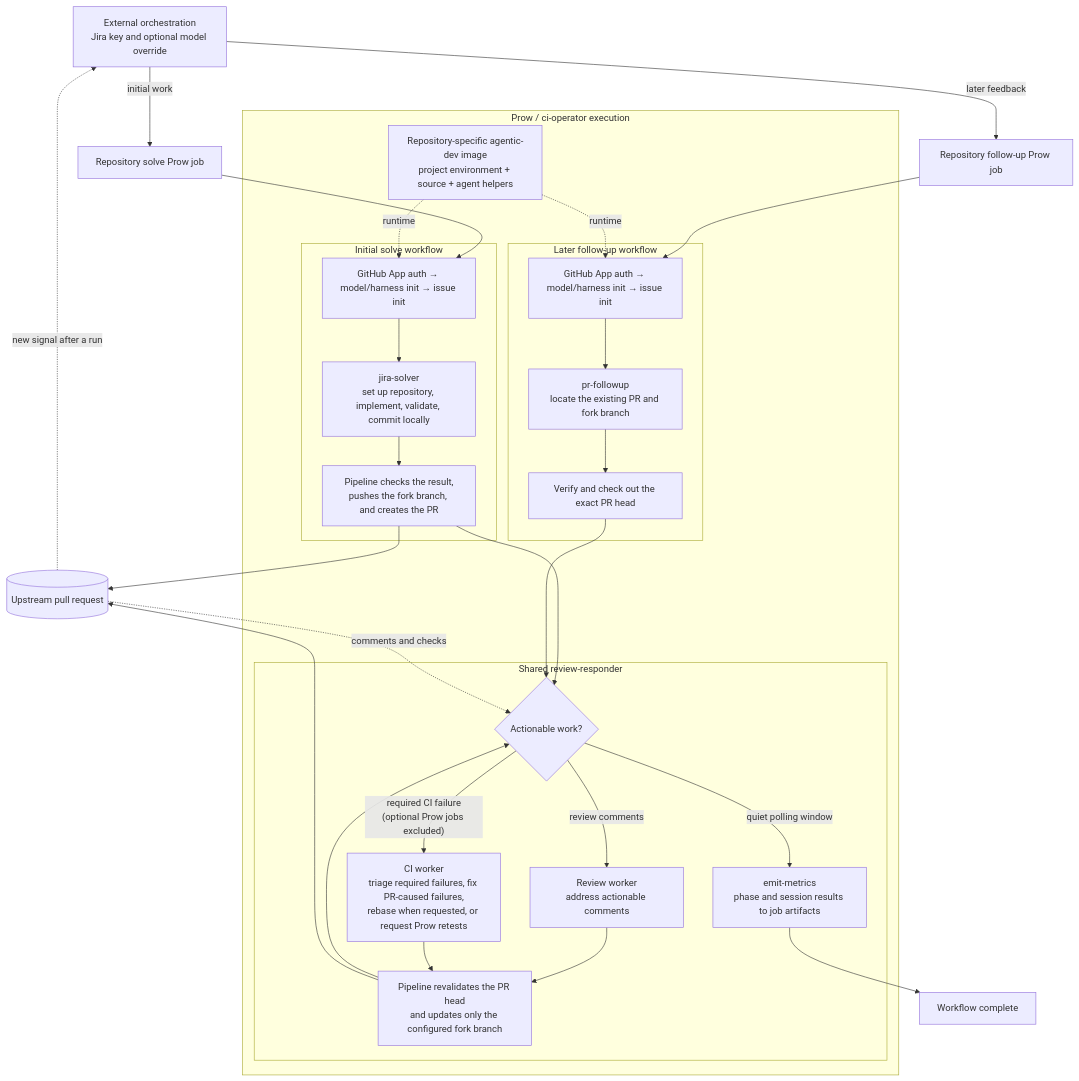
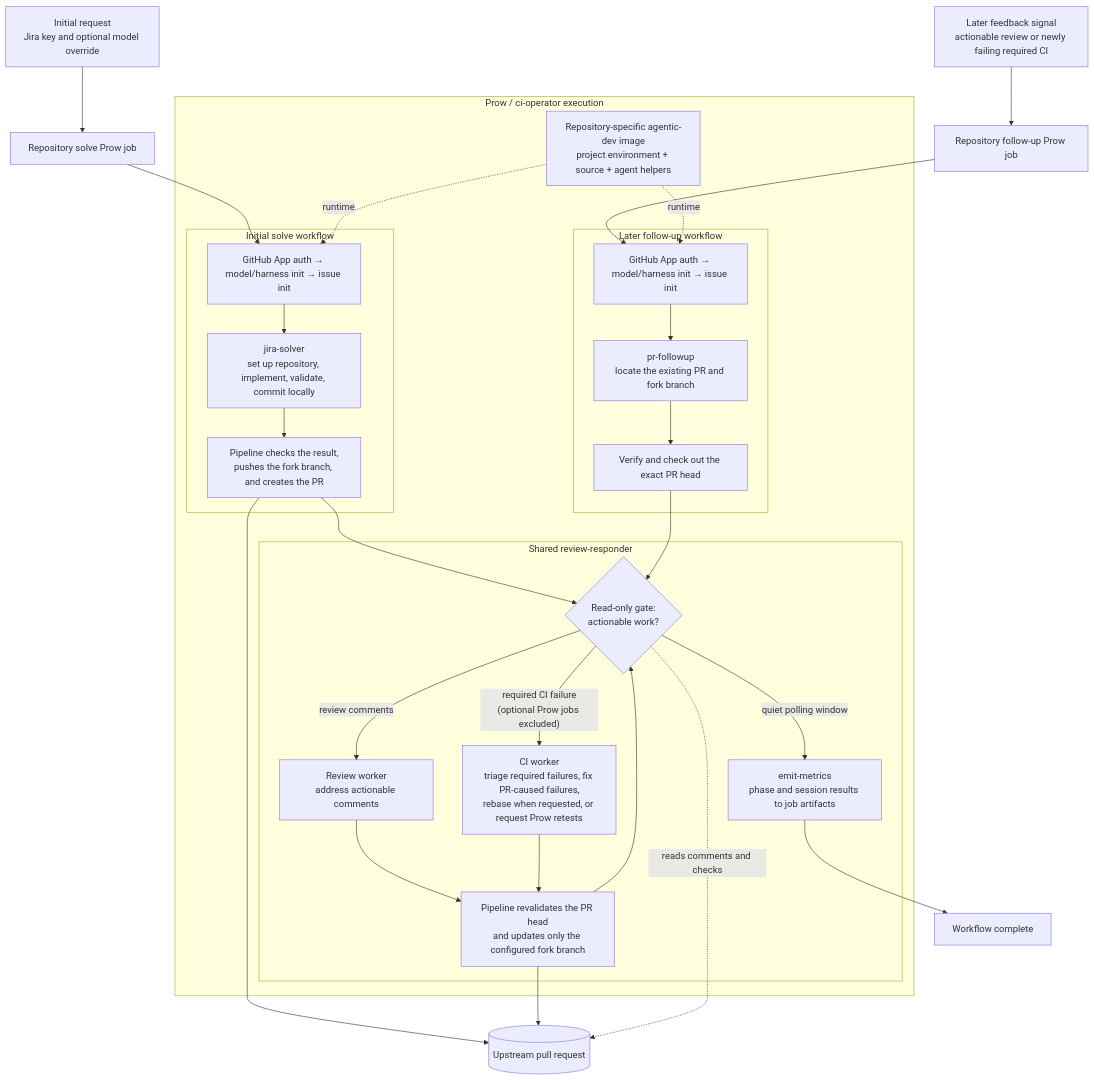
One commit to openshift/release changed the diagram in ci-operator/step-registry/openshift/agentic/trt/ARCHITECTURE.md. Above: the diagram before and after it, drawn with Mermaid.

Commit message:
NO-JIRA: improve TRT architecture diagram flow

````diff
--- a/ci-operator/step-registry/openshift/agentic/trt/ARCHITECTURE.md
+++ b/ci-operator/step-registry/openshift/agentic/trt/ARCHITECTURE.md
@@ -15,50 +15,50 @@
 ```mermaid
 flowchart TD
-    O["External orchestration<br/>Jira key and optional model override"]
+    IR["Initial request<br/>Jira key and optional model override"]
+    FR["Later feedback signal<br/>actionable review or newly failing required CI"]
     SJ["Repository solve Prow job"]
     FJ["Repository follow-up Prow job"]
 
     subgraph Prow["Prow / ci-operator execution"]
         IMG["Repository-specific agentic-dev image<br/>project environment + source + agent helpers"]
 
         subgraph Initial["Initial solve workflow"]
             I["GitHub App auth → model/harness init → issue init"]
             S["jira-solver<br/>set up repository, implement, validate, commit locally"]
             C["Pipeline checks the result,<br/>pushes the fork branch, and creates the PR"]
             I --> S --> C
         end
 
         subgraph Later["Later follow-up workflow"]
             F["GitHub App auth → model/harness init → issue init"]
             L["pr-followup<br/>locate the existing PR and fork branch"]
             H["Verify and check out the exact PR head"]
             F --> L --> H
         end
 
         subgraph Response["Shared review-responder"]
-            G{"Actionable work?"}
+            G{"Read-only gate:<br/>actionable work?"}
             RC["Review worker<br/>address actionable comments"]
             CI["CI worker<br/>triage required failures, fix PR-caused failures,<br/>rebase when requested, or request Prow retests"]
             P["Pipeline revalidates the PR head<br/>and updates only the configured fork branch"]
             M["emit-metrics<br/>phase and session results to job artifacts"]
             G -->|"review comments"| RC --> P --> G
             G -->|"required CI failure<br/>(optional Prow jobs excluded)"| CI --> P
             G -->|"quiet polling window"| M
         end
     end
 
     PR[("Upstream pull request")]
     D["Workflow complete"]
 
-    O -->|"initial work"| SJ --> I
-    O -->|"later feedback"| FJ --> F
+    IR --> SJ --> I
+    FR --> FJ --> F
     IMG -.->|"runtime"| I
     IMG -.->|"runtime"| F
     C --> PR
     C --> G
     H --> G
     P --> PR
-    PR -.->|"comments and checks"| G
-    PR -.->|"new signal after a run"| O
+    G -.->|"reads comments and checks"| PR
     M --> D
 ```
````
